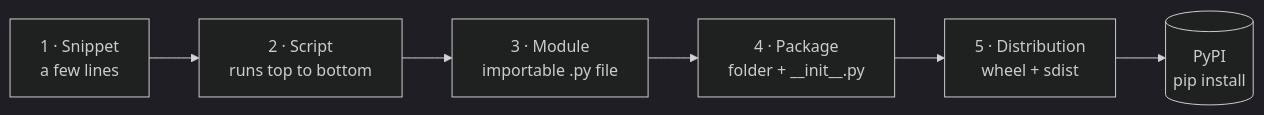
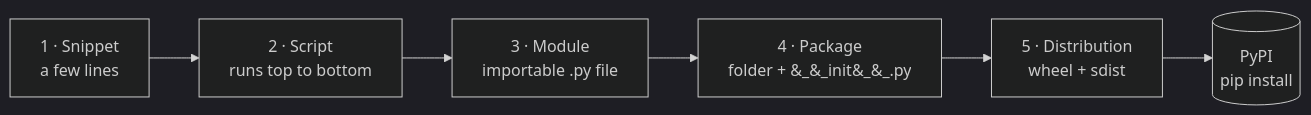
One commit to harjasdt/yt_codes changed the first of 3 diagrams in cli_tool/GUIDE.md. Above: the diagram before and after it, drawn with Mermaid (dark theme). The commit also changed 14 other files, not shown here.

````diff
--- a/cli_tool/GUIDE.md
+++ b/cli_tool/GUIDE.md
@@ -18,8 +18,8 @@
 ```mermaid
 flowchart LR
     A["1 · Snippet<br/>a few lines"] --> B["2 · Script<br/>runs top to bottom"]
     B --> C["3 · Module<br/>importable .py file"]
-    C --> D["4 · Package<br/>folder + __init__.py"]
+    C --> D["4 · Package<br/>folder + &#95;&#95;init&#95;&#95;.py"]
     D --> E["5 · Distribution<br/>wheel + sdist"]
     E --> F[("PyPI<br/>pip install")]
 ```
````
